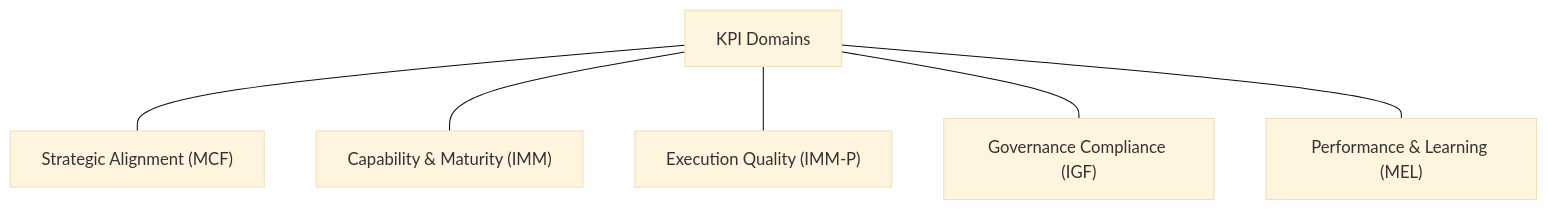
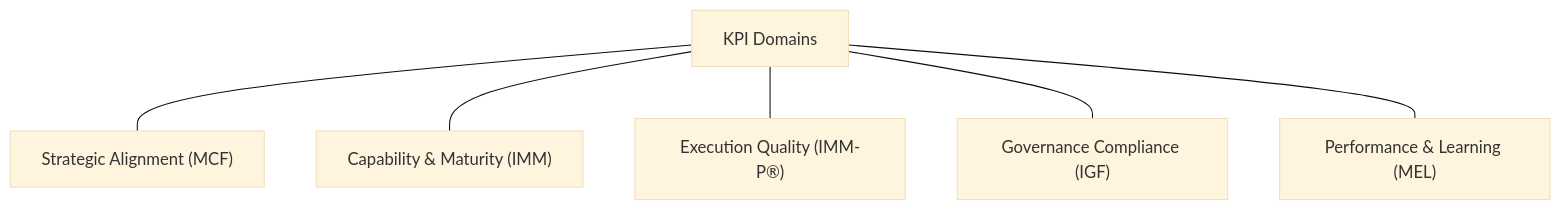
Before and after one commit to micro-canvas-framework/vilf: the diagram in docs/chapters/07.mdx, drawn with Mermaid. The commit also changed other lines of this file and 9 other files, not shown here.

Commit message:
docs(chapters): diagram consistency audit and caption normalization (BL-15X)

````diff
--- a/docs/chapters/07.mdx
+++ b/docs/chapters/07.mdx
@@ -21,15 +21,15 @@
 ```mermaid
 %%{init: {'theme':'base','fontSize':16}}%%
 flowchart TB
   KPI["KPI Domains"]
   SA["Strategic Alignment (MCF)"]
   CM["Capability & Maturity (IMM)"]
-  EQ["Execution Quality (IMM-P)"]
+  EQ["Execution Quality (IMM-P®)"]
   GC["Governance Compliance (IGF)"]
   PL["Performance & Learning (MEL)"]
   KPI --- SA
   KPI --- CM
   KPI --- EQ
   KPI --- GC
   KPI --- PL
 ```
````
